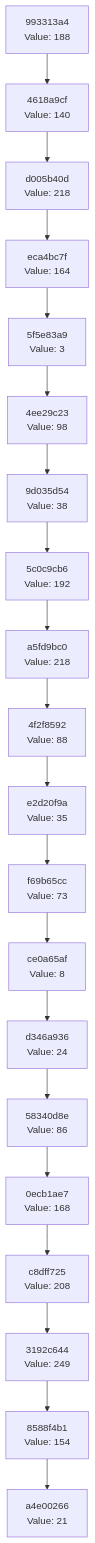
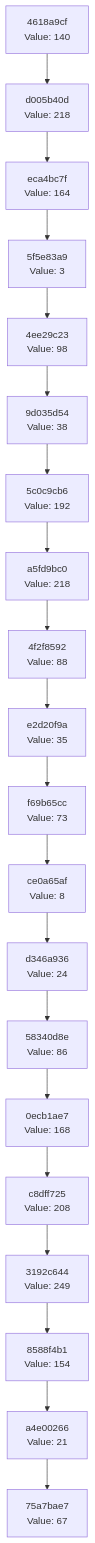
Before and after one commit to Abhisheksinha1506/hash-chain-evolver: the diagram in docs/CHAIN_VISUALIZATION.md, drawn with Mermaid. The commit also changed 2 other files, not shown here.

Commit message:
Evolution step: hash 0x43 → action executed

````diff
--- a/docs/CHAIN_VISUALIZATION.md
+++ b/docs/CHAIN_VISUALIZATION.md
@@ -3,42 +3,42 @@
 ```mermaid
 graph TD
-    C0["a4e00266<br/>Value: 21"]
-    C1["8588f4b1<br/>Value: 154"]
+    C0["75a7bae7<br/>Value: 67"]
+    C1["a4e00266<br/>Value: 21"]
     C1 --> C0
-    C2["3192c644<br/>Value: 249"]
+    C2["8588f4b1<br/>Value: 154"]
     C2 --> C1
-    C3["c8dff725<br/>Value: 208"]
+    C3["3192c644<br/>Value: 249"]
     C3 --> C2
-    C4["0ecb1ae7<br/>Value: 168"]
+    C4["c8dff725<br/>Value: 208"]
     C4 --> C3
-    C5["58340d8e<br/>Value: 86"]
+    C5["0ecb1ae7<br/>Value: 168"]
     C5 --> C4
-    C6["d346a936<br/>Value: 24"]
+    C6["58340d8e<br/>Value: 86"]
     C6 --> C5
-    C7["ce0a65af<br/>Value: 8"]
+    C7["d346a936<br/>Value: 24"]
     C7 --> C6
-    C8["f69b65cc<br/>Value: 73"]
+    C8["ce0a65af<br/>Value: 8"]
     C8 --> C7
-    C9["e2d20f9a<br/>Value: 35"]
+    C9["f69b65cc<br/>Value: 73"]
     C9 --> C8
-    C10["4f2f8592<br/>Value: 88"]
+    C10["e2d20f9a<br/>Value: 35"]
     C10 --> C9
-    C11["a5fd9bc0<br/>Value: 218"]
+    C11["4f2f8592<br/>Value: 88"]
     C11 --> C10
-    C12["5c0c9cb6<br/>Value: 192"]
+    C12["a5fd9bc0<br/>Value: 218"]
     C12 --> C11
-    C13["9d035d54<br/>Value: 38"]
+    C13["5c0c9cb6<br/>Value: 192"]
     C13 --> C12
-    C14["4ee29c23<br/>Value: 98"]
+    C14["9d035d54<br/>Value: 38"]
     C14 --> C13
-    C15["5f5e83a9<br/>Value: 3"]
+    C15["4ee29c23<br/>Value: 98"]
     C15 --> C14
-    C16["eca4bc7f<br/>Value: 164"]
+    C16["5f5e83a9<br/>Value: 3"]
     C16 --> C15
-    C17["d005b40d<br/>Value: 218"]
+    C17["eca4bc7f<br/>Value: 164"]
     C17 --> C16
-    C18["4618a9cf<br/>Value: 140"]
+    C18["d005b40d<br/>Value: 218"]
     C18 --> C17
-    C19["993313a4<br/>Value: 188"]
+    C19["4618a9cf<br/>Value: 140"]
     C19 --> C18
 ```
````
